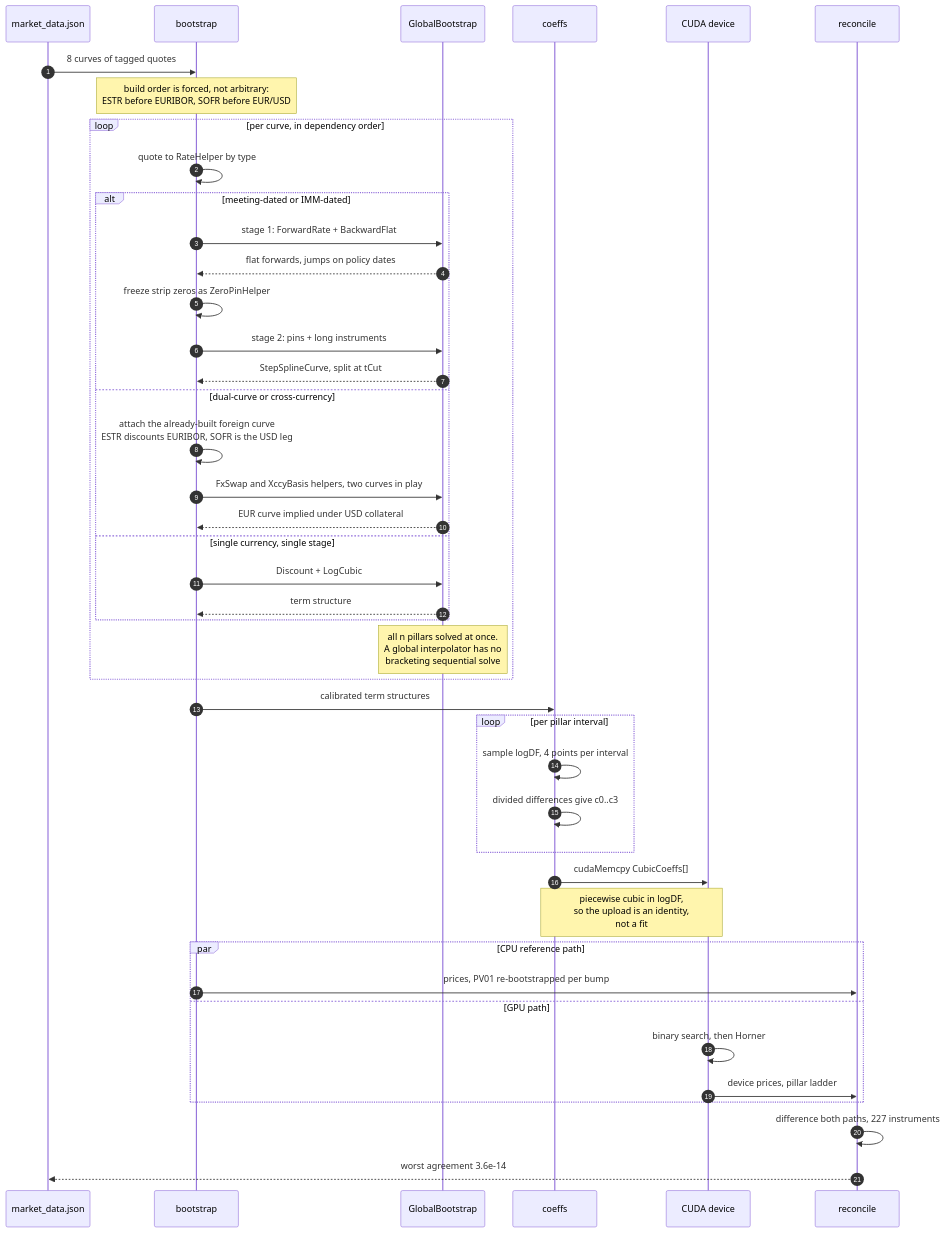
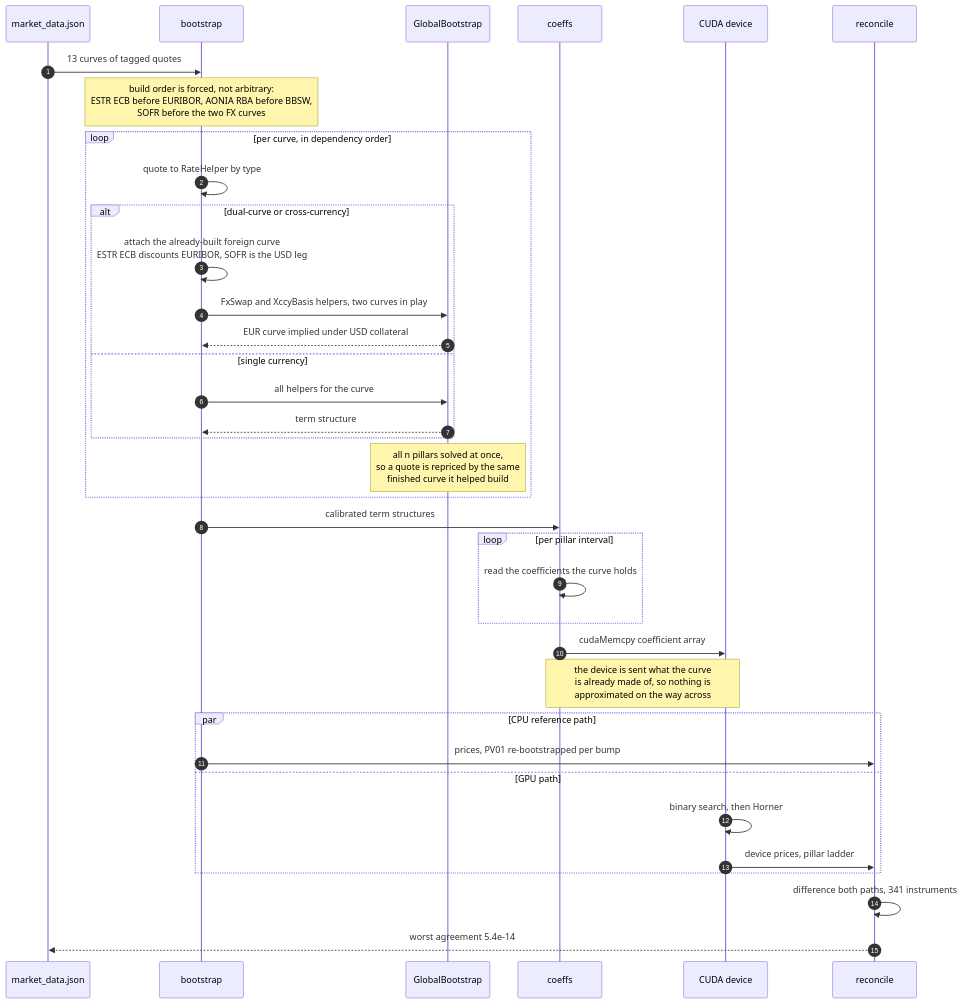
One commit to jrwglover/portfolio changed the diagram in src/components/dashboards/curve_model/diagrams/valuation-run.mmd. Above: the diagram before and after it, drawn with Mermaid. The commit also changed 26 other files, not shown here.

```diff
--- a/src/components/dashboards/curve_model/diagrams/valuation-run.mmd
+++ b/src/components/dashboards/curve_model/diagrams/valuation-run.mmd
@@ -1,52 +1,45 @@
 %% One valuation run, in order, with the real operations named.
 %% Note: avoid "->", angle brackets and semicolons in message text. The
 %% lexer reads them as arrow tokens and fails to parse.
 sequenceDiagram
   autonumber
   participant MD as market_data.json
   participant B as bootstrap
   participant QL as GlobalBootstrap
   participant SC as coeffs
   participant GPU as CUDA device
   participant V as reconcile
 
-  MD->>B: 8 curves of tagged quotes
+  MD->>B: 13 curves of tagged quotes
 
-  Note over B: build order is forced, not arbitrary:<br/>ESTR before EURIBOR, SOFR before EUR/USD
+  Note over B: build order is forced, not arbitrary:<br/>ESTR ECB before EURIBOR, AONIA RBA before BBSW,<br/>SOFR before the two FX curves
 
   loop per curve, in dependency order
     B->>B: quote to RateHelper by type
-    alt meeting-dated or IMM-dated
-      B->>QL: stage 1: ForwardRate + BackwardFlat
-      QL-->>B: flat forwards, jumps on policy dates
-      B->>B: freeze strip zeros as ZeroPinHelper
-      B->>QL: stage 2: pins + long instruments
-      QL-->>B: StepSplineCurve, split at tCut
-    else dual-curve or cross-currency
-      B->>B: attach the already-built foreign curve<br/>ESTR discounts EURIBOR, SOFR is the USD leg
+    alt dual-curve or cross-currency
+      B->>B: attach the already-built foreign curve<br/>ESTR ECB discounts EURIBOR, SOFR is the USD leg
       B->>QL: FxSwap and XccyBasis helpers, two curves in play
       QL-->>B: EUR curve implied under USD collateral
-    else single currency, single stage
-      B->>QL: Discount + LogCubic
+    else single currency
+      B->>QL: all helpers for the curve
       QL-->>B: term structure
     end
-    Note over QL: all n pillars solved at once.<br/>A global interpolator has no<br/>bracketing sequential solve
+    Note over QL: all n pillars solved at once,<br/>so a quote is repriced by the same<br/>finished curve it helped build
   end
 
   B->>SC: calibrated term structures
   loop per pillar interval
-    SC->>SC: sample logDF, 4 points per interval
-    SC->>SC: divided differences give c0..c3
+    SC->>SC: read the coefficients the curve holds
   end
-  SC->>GPU: cudaMemcpy CubicCoeffs[]
-  Note over SC,GPU: piecewise cubic in logDF,<br/>so the upload is an identity,<br/>not a fit
+  SC->>GPU: cudaMemcpy coefficient array
+  Note over SC,GPU: the device is sent what the curve<br/>is already made of, so nothing is<br/>approximated on the way across
 
   par CPU reference path
     B->>V: prices, PV01 re-bootstrapped per bump
   and GPU path
     GPU->>GPU: binary search, then Horner
     GPU->>V: device prices, pillar ladder
   end
 
-  V->>V: difference both paths, 227 instruments
-  V-->>MD: worst agreement 3.6e-14
+  V->>V: difference both paths, 341 instruments
+  V-->>MD: worst agreement 5.4e-14
```
